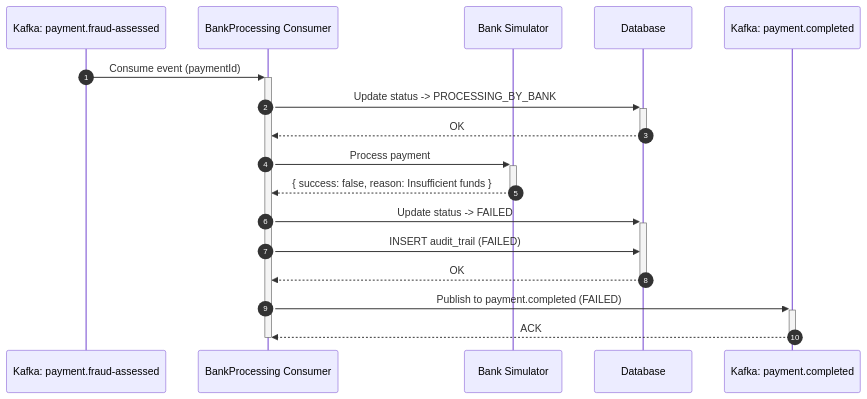
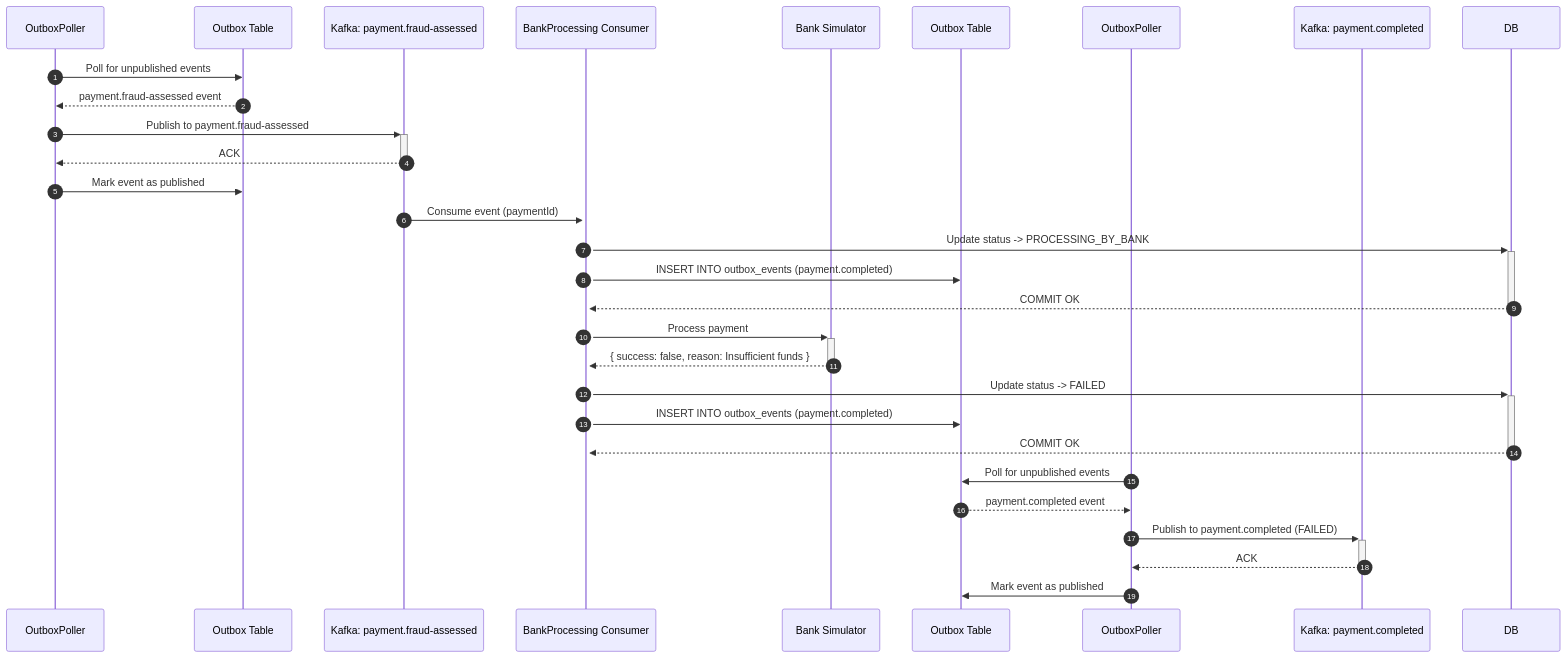
One commit to ltadiko/PaymentGateway changed the fifth of 8 diagrams in docs/diagrams/sequence-diagrams.md. Above: the diagram before and after it, drawn with Mermaid. The commit also changed other lines of this file and 1 other file, not shown here.

````diff
--- a/docs/diagrams/sequence-diagrams.md
+++ b/docs/diagrams/sequence-diagrams.md
@@ -172,25 +226,39 @@
 ```mermaid
 sequenceDiagram
     autonumber
+    participant O2 as OutboxPoller
+    participant OB2 as Outbox Table
     participant K2 as Kafka: payment.fraud-assessed
     participant BC as BankProcessing Consumer
     participant BK as Bank Simulator
-    participant DB as Database
+    participant OB3 as Outbox Table
+    participant O3 as OutboxPoller
     participant K3 as Kafka: payment.completed
+
+    %% OutboxPoller relays payment.fraud-assessed
+    O2->>OB2: Poll for unpublished events
+    OB2-->>O2: payment.fraud-assessed event
+    O2->>+K2: Publish to payment.fraud-assessed
+    K2-->>-O2: ACK
+    O2->>OB2: Mark event as published
 
     K2->>+BC: Consume event (paymentId)
 
     BC->>+DB: Update status -> PROCESSING_BY_BANK
-    DB-->>-BC: OK
+    BC->>OB3: INSERT INTO outbox_events (payment.completed)
+    DB-->>-BC: COMMIT OK
 
     BC->>+BK: Process payment
     BK-->>-BC: { success: false, reason: Insufficient funds }
 
     BC->>+DB: Update status -> FAILED
-    BC->>DB: INSERT audit_trail (FAILED)
-    DB-->>-BC: OK
+    BC->>OB3: INSERT INTO outbox_events (payment.completed)
+    DB-->>-BC: COMMIT OK
 
-    BC->>+K3: Publish to payment.completed (FAILED)
-    K3-->>-BC: ACK
-    deactivate BC
+    %% OutboxPoller relays payment.completed
+    O3->>OB3: Poll for unpublished events
+    OB3-->>O3: payment.completed event
+    O3->>+K3: Publish to payment.completed (FAILED)
+    K3-->>-O3: ACK
+    O3->>OB3: Mark event as published
 ```
````
